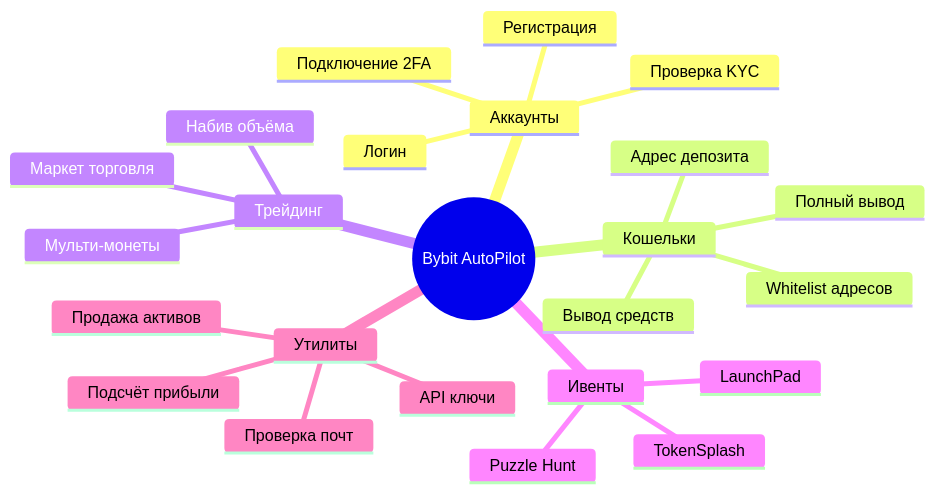
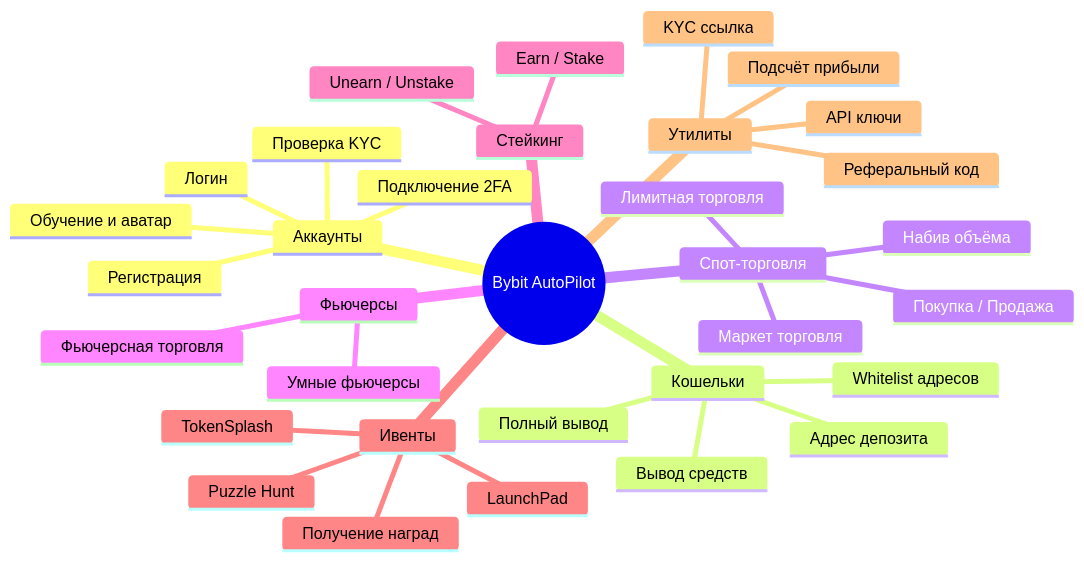
The second of 11 diagrams in src/content/docs/bybit-autopilot.md (AutoPilotSoftware/docs), drawn with Mermaid before and after one commit. The commit also changed other lines of this file and 5 other files, not shown here.

````diff
--- a/src/content/docs/bybit-autopilot.md
+++ b/src/content/docs/bybit-autopilot.md
@@ -78,27 +78,36 @@
 ```mermaid
 mindmap
   root((Bybit AutoPilot))
     Аккаунты
       Регистрация
       Логин
       Проверка KYC
       Подключение 2FA
+      Обучение и аватар
     Кошельки
       Адрес депозита
       Whitelist адресов
       Вывод средств
       Полный вывод
-    Трейдинг
+    Спот-торговля
       Маркет торговля
+      Лимитная торговля
+      Покупка / Продажа
       Набив объёма
-      Мульти-монеты
+    Фьючерсы
+      Фьючерсная торговля
+      Умные фьючерсы
+    Стейкинг
+      Earn / Stake
+      Unearn / Unstake
     Ивенты
       TokenSplash
       LaunchPad
       Puzzle Hunt
+      Получение наград
     Утилиты
       API ключи
       Подсчёт прибыли
-      Проверка почт
-      Продажа активов
+      Реферальный код
+      KYC ссылка
 ```
````
